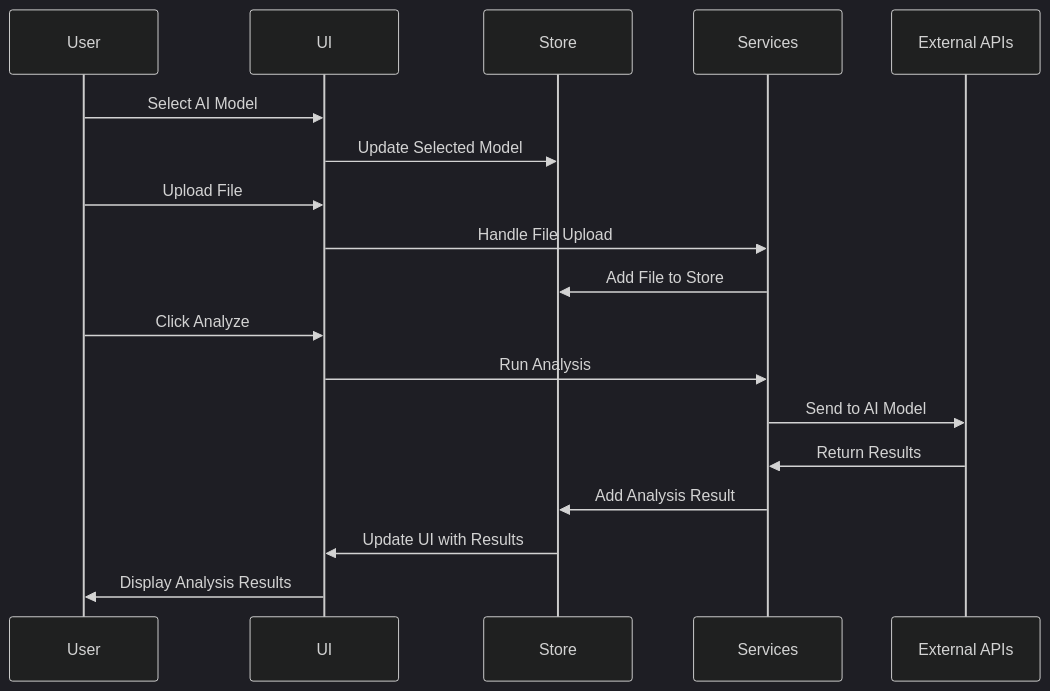
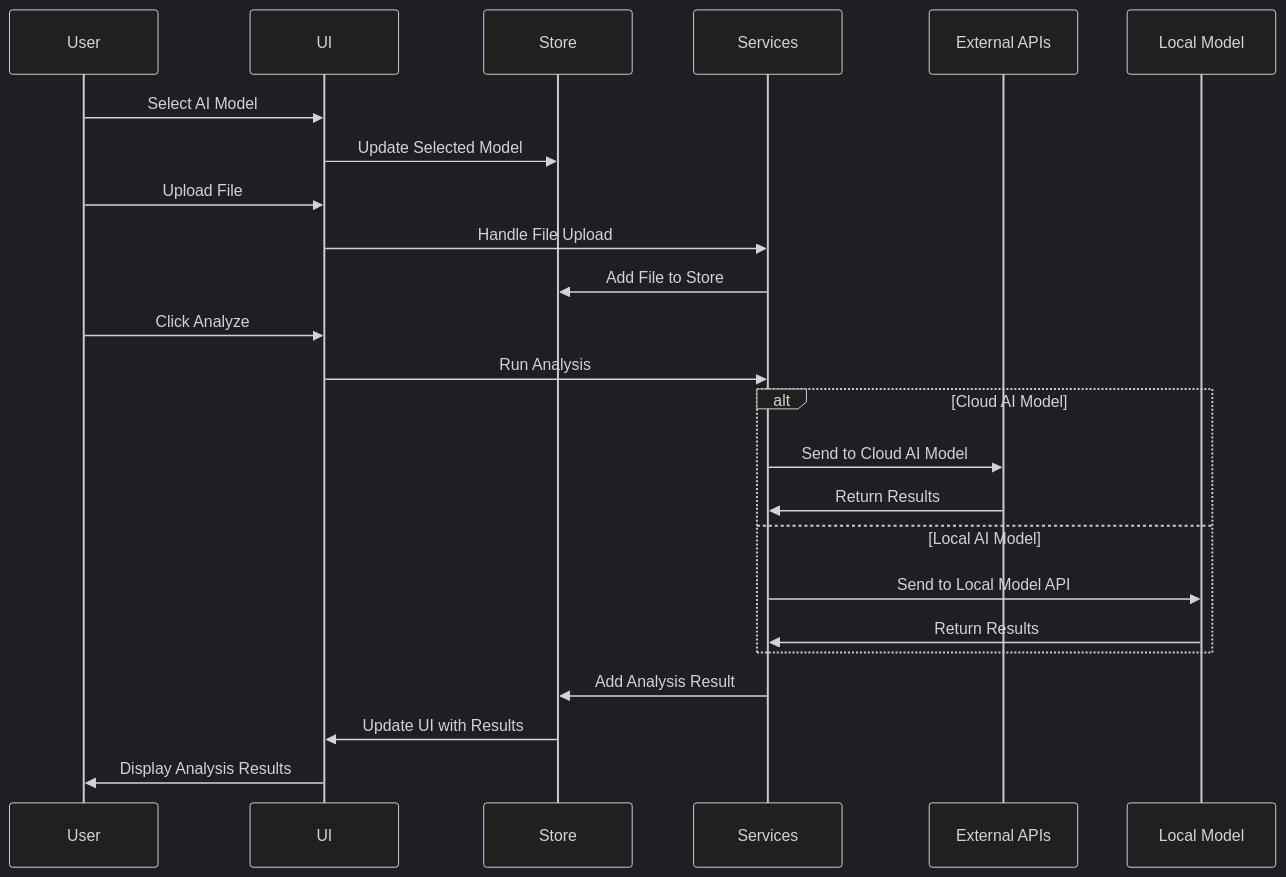
One commit to radicalkjax/Athena changed the second of 7 diagrams in README.md. Above: the diagram before and after it, drawn with Mermaid (dark theme). The commit also changed other lines of this file and 114 other files, not shown here.

````diff
--- a/README.md
+++ b/README.md
@@ -85,15 +85,22 @@
 ```mermaid
 sequenceDiagram
     User->>UI: Select AI Model
     UI->>Store: Update Selected Model
     User->>UI: Upload File
     UI->>Services: Handle File Upload
     Services->>Store: Add File to Store
     User->>UI: Click Analyze
     UI->>Services: Run Analysis
-    Services->>External APIs: Send to AI Model
-    External APIs->>Services: Return Results
+    
+    alt Cloud AI Model
+        Services->>External APIs: Send to Cloud AI Model
+        External APIs->>Services: Return Results
+    else Local AI Model
+        Services->>Local Model: Send to Local Model API
+        Local Model->>Services: Return Results
+    end
+    
     Services->>Store: Add Analysis Result
     Store->>UI: Update UI with Results
     UI->>User: Display Analysis Results
 ```
````
